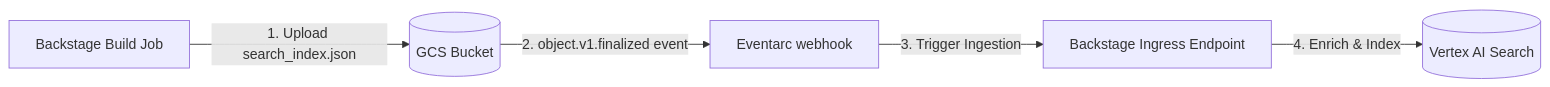
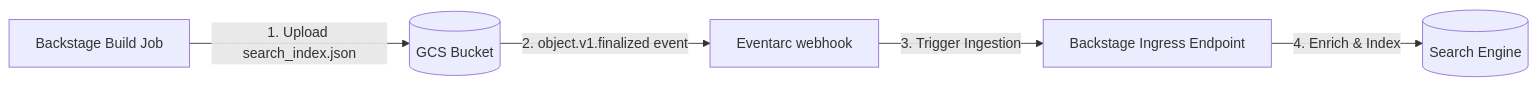
Before and after one commit to cooldemos/community-plugins: the fifth of 7 diagrams in workspaces/hybrid-search/docs/architecture.md, drawn with Mermaid. The commit also changed other lines of this file, not shown here.

Commit message:
docs: generalize hybrid search architecture document to conceptual routing focus

````diff
--- a/workspaces/hybrid-search/docs/architecture.md
+++ b/workspaces/hybrid-search/docs/architecture.md
@@ -157,7 +133,7 @@
 ```mermaid
 graph LR
     LocalBuilder[Backstage Build Job] -->|1. Upload search_index.json| GCS[(GCS Bucket)]
     GCS -->|2. object.v1.finalized event| Eventarc[Eventarc webhook]
     Eventarc -->|3. Trigger Ingestion| BS[Backstage Ingress Endpoint]
-    BS -->|4. Enrich & Index| VAI[(Vertex AI Search)]
+    BS -->|4. Enrich & Index| VAI[(Search Engine)]
 ```
````
